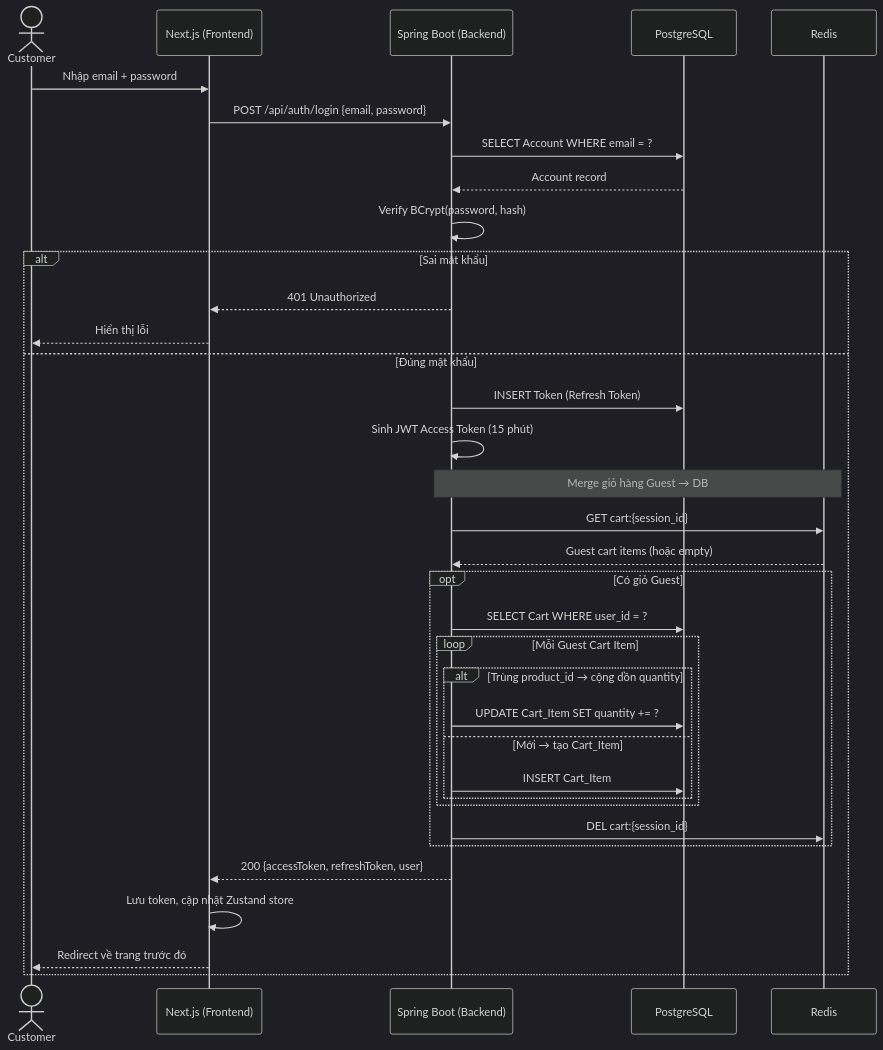
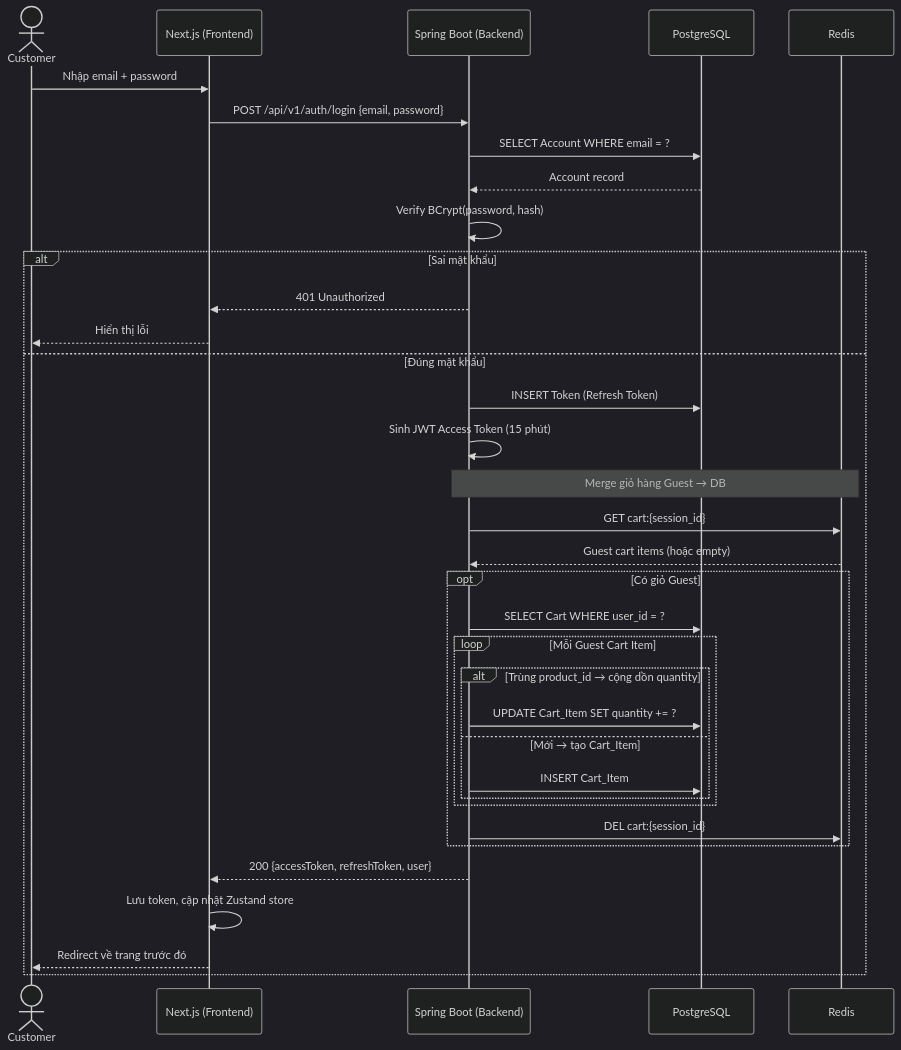
Before and after one commit to huuhieu56/PC-Parts-ECommerce: the seventh of 35 diagrams in docs/design.md, drawn with Mermaid (dark theme). The commit also changed other lines of this file and 1 other file, not shown here.

````diff
--- a/docs/design.md
+++ b/docs/design.md
@@ -710,42 +707,42 @@
 ```mermaid
 sequenceDiagram
     actor Customer
     participant FE as Next.js (Frontend)
     participant BE as Spring Boot (Backend)
     participant DB as PostgreSQL
     participant Cache as Redis
 
     Customer->>FE: Nhập email + password
-    FE->>BE: POST /api/auth/login {email, password}
+    FE->>BE: POST /api/v1/auth/login {email, password}
     BE->>DB: SELECT Account WHERE email = ?
     DB-->>BE: Account record
     BE->>BE: Verify BCrypt(password, hash)
 
     alt Sai mật khẩu
         BE-->>FE: 401 Unauthorized
         FE-->>Customer: Hiển thị lỗi
     else Đúng mật khẩu
         BE->>DB: INSERT Token (Refresh Token)
         BE->>BE: Sinh JWT Access Token (15 phút)
 
         Note over BE,Cache: Merge giỏ hàng Guest → DB
         BE->>Cache: GET cart:{session_id}
         Cache-->>BE: Guest cart items (hoặc empty)
 
         opt Có giỏ Guest
             BE->>DB: SELECT Cart WHERE user_id = ?
             loop Mỗi Guest Cart Item
                 alt Trùng product_id → cộng dồn quantity
                     BE->>DB: UPDATE Cart_Item SET quantity += ?
                 else Mới → tạo Cart_Item
                     BE->>DB: INSERT Cart_Item
                 end
             end
             BE->>Cache: DEL cart:{session_id}
         end
 
         BE-->>FE: 200 {accessToken, refreshToken, user}
         FE->>FE: Lưu token, cập nhật Zustand store
         FE-->>Customer: Redirect về trang trước đó
     end
 ```
````
